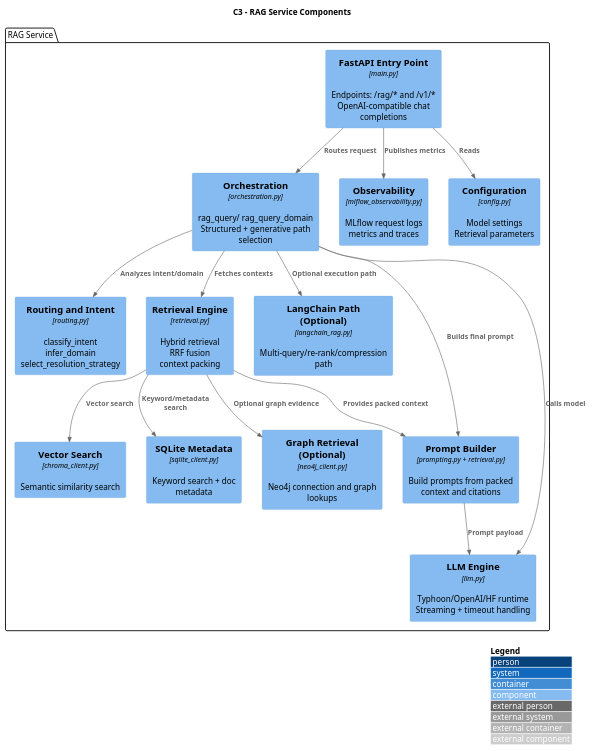
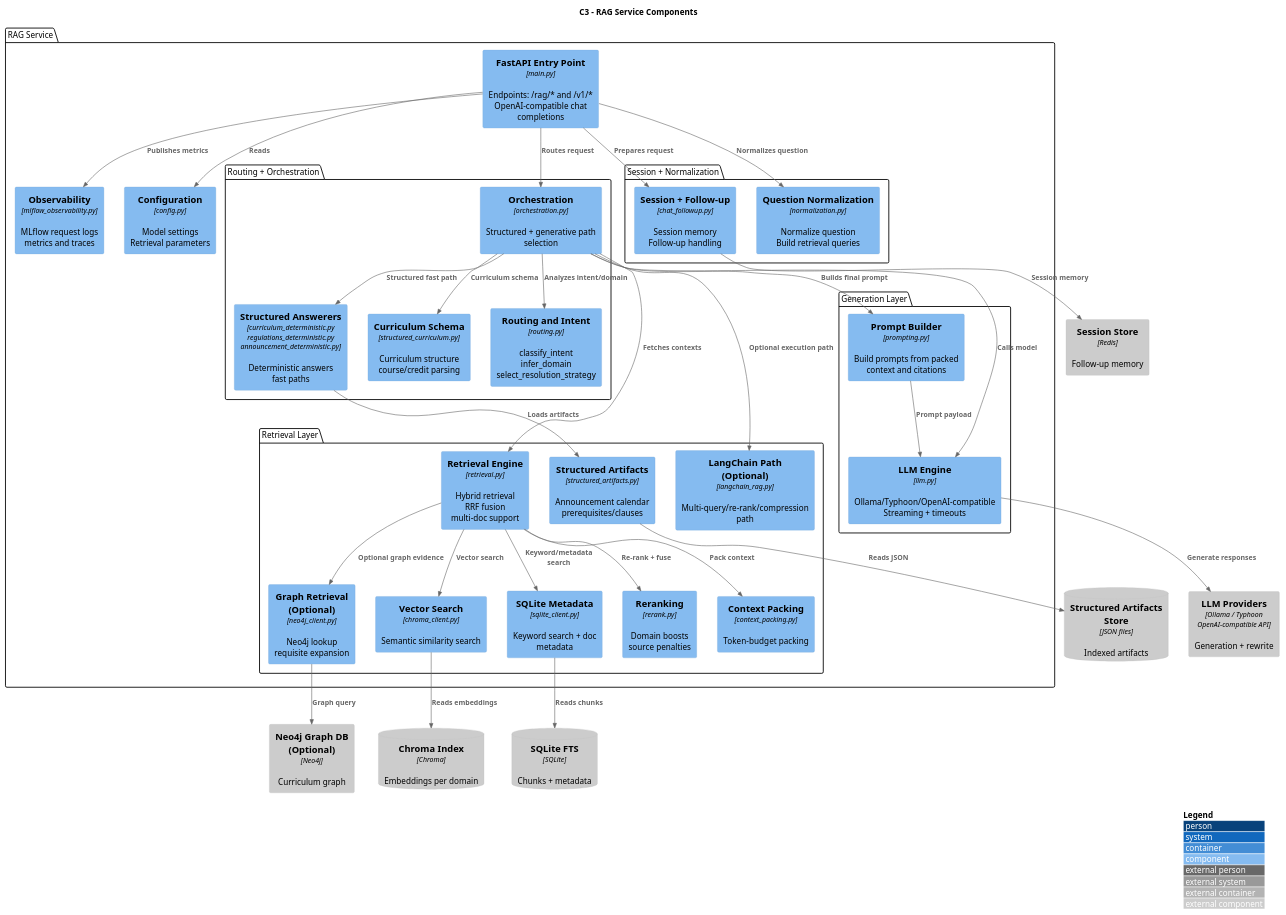
Before and after one commit to KKOIDF/CPE-CHAT-0.0.2: the fourth of 5 diagrams in docs/backend_c1_c4_diagram.puml, drawn with PlantUML. The commit also changed other lines of this file and 20 other files, not shown here.

First line of the commit message:
Enhance regulation and curriculum handling in RAG service

```diff
--- a/docs/backend_c1_c4_diagram.puml
+++ b/docs/backend_c1_c4_diagram.puml
@@ -140,44 +168,82 @@
 @startuml Backend_C3_RAG_Components
 !include https://raw.githubusercontent.com/plantuml-stdlib/C4-PlantUML/master/C4_Component.puml
 
 LAYOUT_WITH_LEGEND()
 
 title C3 - RAG Service Components
 
 package "RAG Service" as rag_container {
     Component(rag_main, "FastAPI Entry Point", "main.py", "Endpoints: /rag/* and /v1/*\nOpenAI-compatible chat completions")
 
-    Component(orchestration, "Orchestration", "orchestration.py", "rag_query/ rag_query_domain\nStructured + generative path selection")
-    Component(routing, "Routing and Intent", "routing.py", "classify_intent\ninfer_domain\nselect_resolution_strategy")
-    Component(retrieval, "Retrieval Engine", "retrieval.py", "Hybrid retrieval\nRRF fusion\ncontext packing")
-    Component(langchain_flow, "LangChain Path (Optional)", "langchain_rag.py", "Multi-query/re-rank/compression path")
+    package "Session + Normalization" as session_layer {
+        Component(chat_followup, "Session + Follow-up", "chat_followup.py", "Session memory\nFollow-up handling")
+        Component(normalization, "Question Normalization", "normalization.py", "Normalize question\nBuild retrieval queries")
+    }
 
-    Component(chroma_rag, "Vector Search", "chroma_client.py", "Semantic similarity search")
-    Component(metadata_engine, "SQLite Metadata", "sqlite_client.py", "Keyword search + doc metadata")
-    Component(graph_lookup, "Graph Retrieval (Optional)", "neo4j_client.py", "Neo4j connection and graph lookups")
+    package "Routing + Orchestration" as query_layer {
+        Component(orchestration, "Orchestration", "orchestration.py", "Structured + generative path selection")
+        Component(routing, "Routing and Intent", "routing.py", "classify_intent\ninfer_domain\nselect_resolution_strategy")
+        Component(structured_answers, "Structured Answerers", "curriculum_deterministic.py\nregulations_deterministic.py\nannouncement_deterministic.py", "Deterministic answers\nfast paths")
+        Component(structured_schema, "Curriculum Schema", "structured_curriculum.py", "Curriculum structure\ncourse/credit parsing")
+    }
 
-    Component(prompt_builder, "Prompt Builder", "prompting.py + retrieval.py", "Build prompts from packed context and citations")
-    Component(llm_interface, "LLM Engine", "llm.py", "Typhoon/OpenAI/HF runtime\nStreaming + timeout handling")
+    package "Retrieval Layer" as retrieval {
+        Component(retrieval_engine, "Retrieval Engine", "retrieval.py", "Hybrid retrieval\nRRF fusion\nmulti-doc support")
+        Component(chroma_rag, "Vector Search", "chroma_client.py", "Semantic similarity search")
+        Component(metadata_engine, "SQLite Metadata", "sqlite_client.py", "Keyword search + doc metadata")
+        Component(rerank, "Reranking", "rerank.py", "Domain boosts\nsource penalties")
+        Component(context_packing, "Context Packing", "context_packing.py", "Token-budget packing")
+        Component(graph_lookup, "Graph Retrieval (Optional)", "neo4j_client.py", "Neo4j lookup\nrequisite expansion")
+        Component(langchain_flow, "LangChain Path (Optional)", "langchain_rag.py", "Multi-query/re-rank/compression path")
+        Component(artifact_loader, "Structured Artifacts", "structured_artifacts.py", "Announcement calendar\nprerequisites/clauses")
+    }
+
+    package "Generation Layer" as generation {
+        Component(prompt_builder, "Prompt Builder", "prompting.py", "Build prompts from packed context and citations")
+        Component(llm_interface, "LLM Engine", "llm.py", "Ollama/Typhoon/OpenAI-compatible\nStreaming + timeouts")
+    }
+
     Component(observability, "Observability", "mlflow_observability.py", "MLflow request logs\nmetrics and traces")
-
     Component(config_rag, "Configuration", "config.py", "Model settings\nRetrieval parameters")
 }
+
+ComponentDb_Ext(chroma_store, "Chroma Index", "Chroma", "Embeddings per domain")
+ComponentDb_Ext(sqlite_store, "SQLite FTS", "SQLite", "Chunks + metadata")
+ComponentDb_Ext(artifact_store, "Structured Artifacts Store", "JSON files", "Indexed artifacts")
+Component_Ext(neo4j_store, "Neo4j Graph DB (Optional)", "Neo4j", "Curriculum graph")
+Component_Ext(redis_store, "Session Store", "Redis", "Follow-up memory")
+Component_Ext(llm_provider, "LLM Providers", "Ollama / Typhoon\nOpenAI-compatible API", "Generation + rewrite")
 
 Rel(rag_main, orchestration, "Routes request")
 Rel(rag_main, config_rag, "Reads")
 Rel(rag_main, observability, "Publishes metrics")
+Rel(rag_main, chat_followup, "Prepares request")
+Rel(rag_main, normalization, "Normalizes question")
+
+Rel(chat_followup, redis_store, "Session memory")
 
 Rel(orchestration, routing, "Analyzes intent/domain")
-Rel(orchestration, retrieval, "Fetches contexts")
+Rel(orchestration, structured_answers, "Structured fast path")
+Rel(orchestration, structured_schema, "Curriculum schema")
+Rel(orchestration, retrieval_engine, "Fetches contexts")
 Rel(orchestration, prompt_builder, "Builds final prompt")
 Rel(orchestration, llm_interface, "Calls model")
 Rel(orchestration, langchain_flow, "Optional execution path")
 
-Rel(retrieval, chroma_rag, "Vector search")
-Rel(retrieval, metadata_engine, "Keyword/metadata search")
-Rel(retrieval, graph_lookup, "Optional graph evidence")
-Rel(retrieval, prompt_builder, "Provides packed context")
+Rel(structured_answers, artifact_loader, "Loads artifacts")
+
+Rel(retrieval_engine, chroma_rag, "Vector search")
+Rel(retrieval_engine, metadata_engine, "Keyword/metadata search")
+Rel(retrieval_engine, rerank, "Re-rank + fuse")
+Rel(retrieval_engine, context_packing, "Pack context")
+Rel(retrieval_engine, graph_lookup, "Optional graph evidence")
+
+Rel(chroma_rag, chroma_store, "Reads embeddings")
+Rel(metadata_engine, sqlite_store, "Reads chunks")
+Rel(artifact_loader, artifact_store, "Reads JSON")
+Rel(graph_lookup, neo4j_store, "Graph query")
 
 Rel(prompt_builder, llm_interface, "Prompt payload")
+Rel(llm_interface, llm_provider, "Generate responses")
 
 @enduml
```
